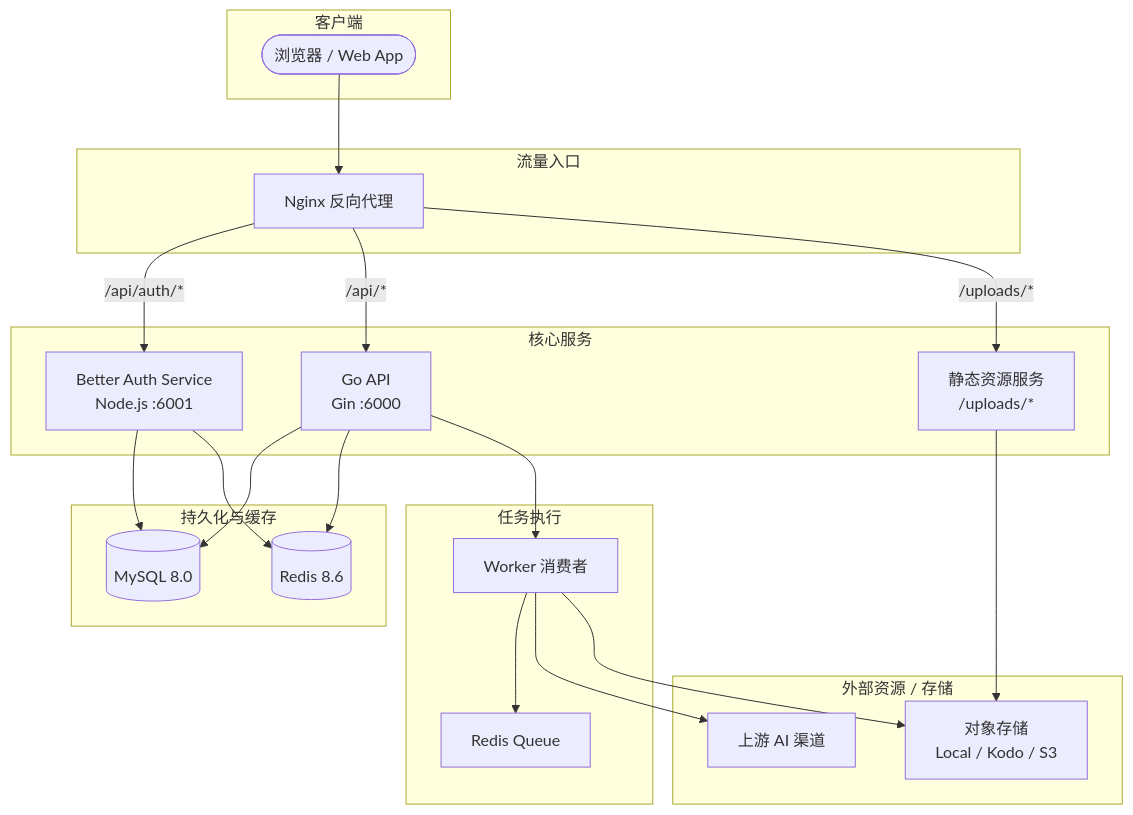
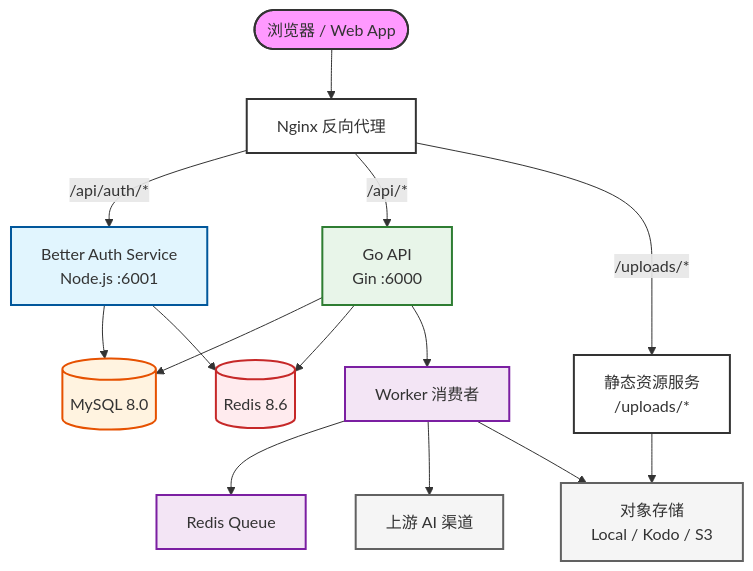
Before and after one commit to Ericsunsk/IdeaBoard: the diagram in README.md, drawn with Mermaid.

Commit message:
docs: beautify system architecture diagram with flowchart TB

````diff
--- a/README.md
+++ b/README.md
@@ -68,56 +68,23 @@
 ```mermaid
-graph TD
-  %% Client Layer
-  subgraph Client [客户端]
-    Browser([浏览器 / Web App])
-  end
+flowchart TB
+    Browser(["浏览器 / Web App"]) --> Nginx["Nginx 反向代理"]
+    Nginx -- /api/auth/* --> Auth["Better Auth Service<br>Node.js :6001"]
+    Nginx -- /api/* --> GoAPI["Go API<br>Gin :6000"]
+    Nginx -- /uploads/* --> Static["静态资源服务<br>/uploads/*"]
+    Auth --> MySQL[("MySQL 8.0")] & Redis[("Redis 8.6")]
+    GoAPI --> MySQL & Redis & Worker["Worker 消费者"]
+    Worker --> Queue["Redis Queue"] & AI["上游 AI 渠道"] & Storage["对象存储<br>Local / Kodo / S3"]
+    Static --> Storage
 
-  %% Gateway Layer
-  subgraph Gateway [流量入口]
-    Nginx[Nginx 反向代理]
-  end
-
-  %% Logic Layer
-  subgraph Services [核心服务]
-    Auth[Better Auth Service<br/>Node.js :6001]
-    GoAPI[Go API<br/>Gin :6000]
-    Static[静态资源服务<br/>/uploads/*]
-  end
-
-  %% Persistence Layer
-  subgraph Persistence [持久化与缓存]
-    MySQL[(MySQL 8.0)]
-    Redis[(Redis 8.6)]
-  end
-
-  %% Async Layer
-  subgraph Execution [任务执行]
-    Worker[Worker 消费者]
-    Queue[Redis Queue]
-  end
-
-  %% Cloud/Storage Layer
-  subgraph External [外部资源 / 存储]
-    AI[上游 AI 渠道]
-    Storage[对象存储<br/>Local / Kodo / S3]
-  end
-
-  %% Traffic Flow
-  Browser --> Nginx
-  Nginx -->|/api/auth/*| Auth
-  Nginx -->|/api/*| GoAPI
-  Nginx -->|/uploads/*| Static
-
-  %% Data Flow
-  Auth --> MySQL
-  Auth --> Redis
-  GoAPI --> MySQL
-  GoAPI --> Redis
-
-  %% Task Flow
-  GoAPI --> Worker
-  Worker --> Queue
-  Worker --> AI
-  Worker --> Storage
-  Static --> Storage
+    style Browser fill:#f9f,stroke:#333,stroke-width:2px
+    style Nginx fill:#fff,stroke:#333,stroke-width:2px
+    style Auth fill:#e1f5fe,stroke:#01579b,stroke-width:2px
+    style GoAPI fill:#e8f5e9,stroke:#2e7d32,stroke-width:2px
+    style Static fill:#fff,stroke:#333,stroke-width:2px
+    style MySQL fill:#fff3e0,stroke:#e65100,stroke-width:2px
+    style Redis fill:#ffebee,stroke:#c62828,stroke-width:2px
+    style Worker fill:#f3e5f5,stroke:#7b1fa2,stroke-width:2px
+    style Queue fill:#f3e5f5,stroke:#7b1fa2,stroke-width:2px
+    style AI fill:#f5f5f5,stroke:#616161,stroke-width:2px
+    style Storage fill:#f5f5f5,stroke:#616161,stroke-width:2px
 ```
````
